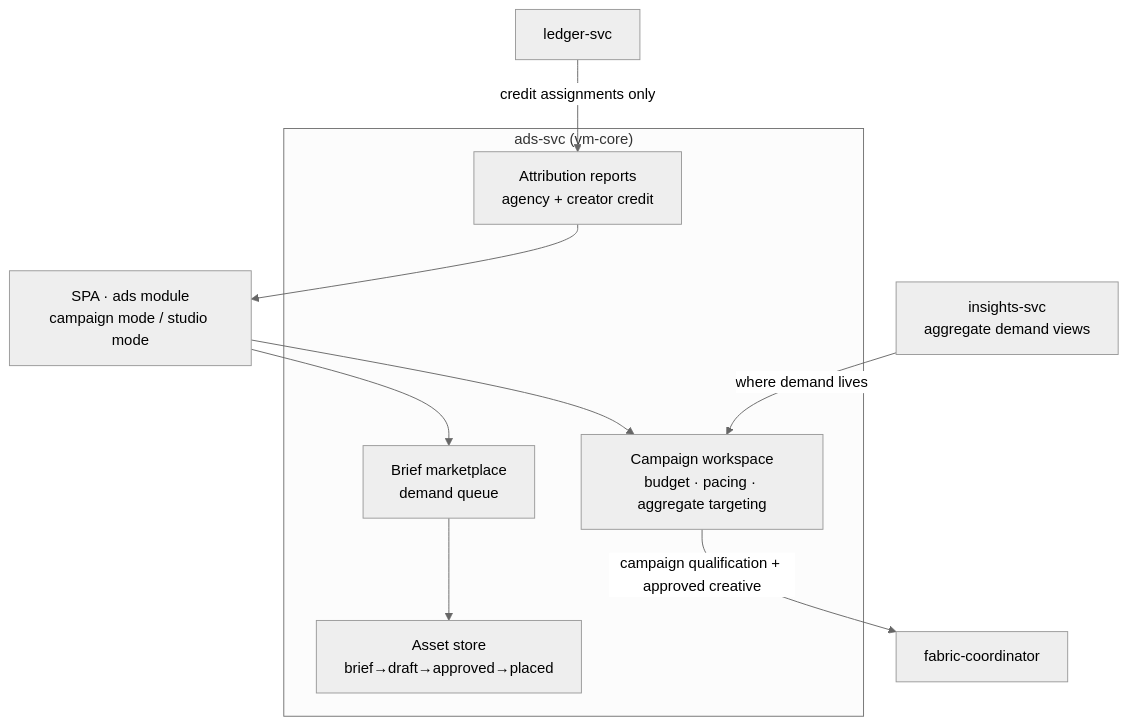
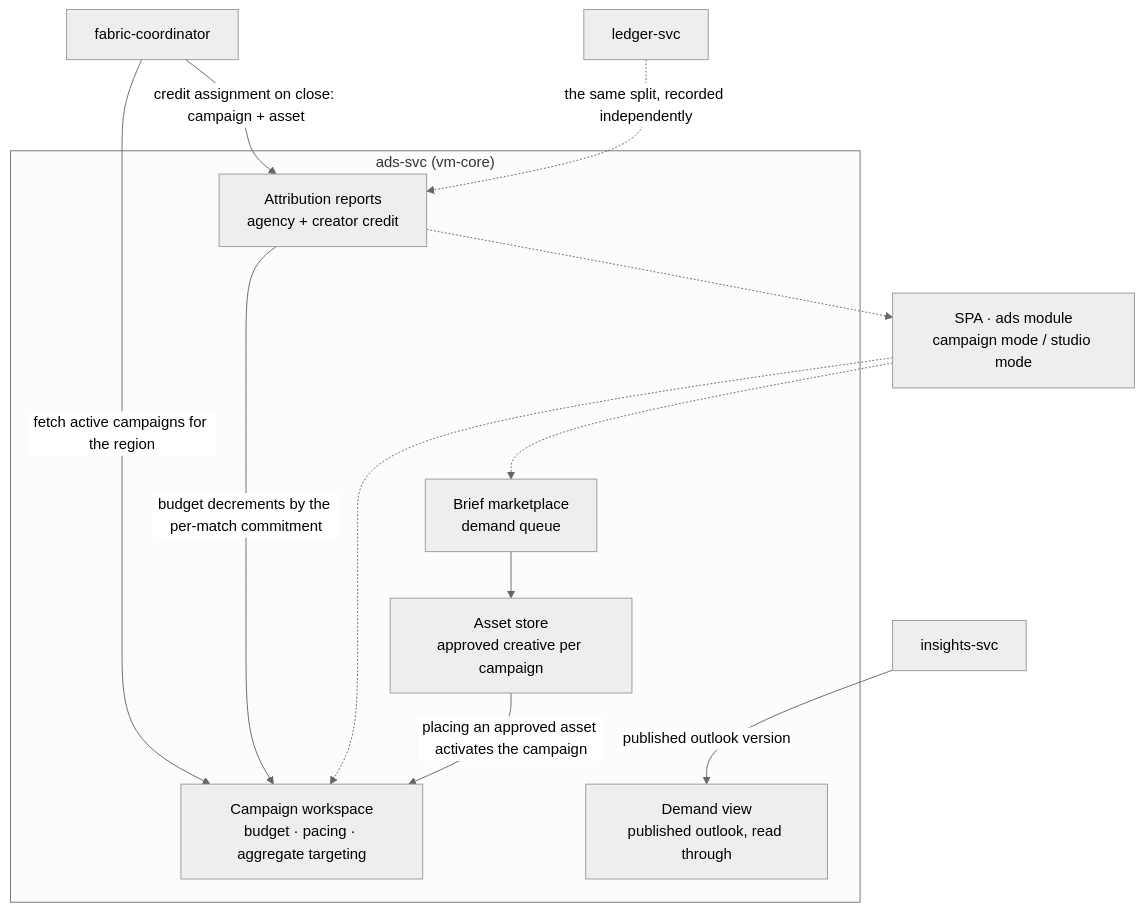
One commit to alius-git/amisad.dev changed the diagram in plan/design/05-ads.md. Above: the diagram before and after it, drawn with Mermaid (neutral theme). The commit also changed other lines of this file and 19 other files, not shown here.

````diff
--- a/plan/design/05-ads.md
+++ b/plan/design/05-ads.md
@@ -7,21 +7,25 @@
 ```mermaid
 flowchart TD
     subgraph svc["ads-svc (vm-core)"]
         campaigns["Campaign workspace<br/>budget · pacing · aggregate targeting"]
         briefs["Brief marketplace<br/>demand queue"]
-        assets["Asset store<br/>brief→draft→approved→placed"]
+        assets["Asset store<br/>approved creative per campaign"]
         attribution["Attribution reports<br/>agency + creator credit"]
+        demand["Demand view<br/>published outlook, read through"]
     end
     spa["SPA · ads module<br/>campaign mode / studio mode"]
-    insights["insights-svc<br/>aggregate demand views"]
+    insights["insights-svc"]
     coordinator["fabric-coordinator"]
     ledger["ledger-svc"]
 
-    spa --> campaigns
-    spa --> briefs
+    spa -.-> campaigns
+    spa -.-> briefs
     briefs --> assets
-    insights -->|"where demand lives"| campaigns
-    campaigns -->|"campaign qualification + approved creative"| coordinator
-    ledger -->|"credit assignments only"| attribution
-    attribution --> spa
+    assets -->|"placing an approved asset activates the campaign"| campaigns
+    insights -->|"published outlook version"| demand
+    coordinator -->|"fetch active campaigns for the region"| campaigns
+    coordinator -->|"credit assignment on close: campaign + asset"| attribution
+    attribution -->|"budget decrements by the per-match commitment"| campaigns
+    ledger -.->|"the same split, recorded independently"| attribution
+    attribution -.-> spa
 ```
````
